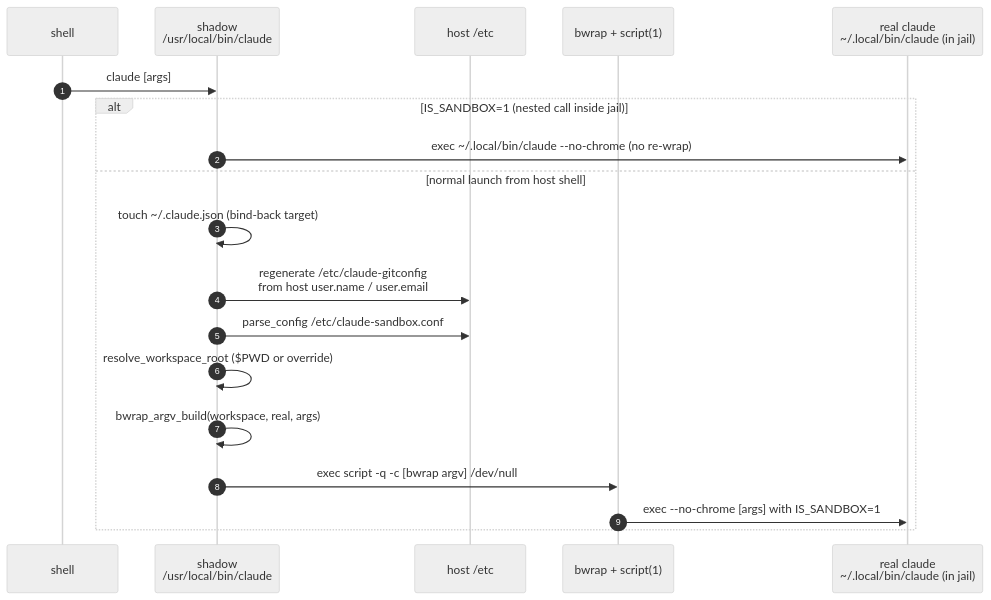
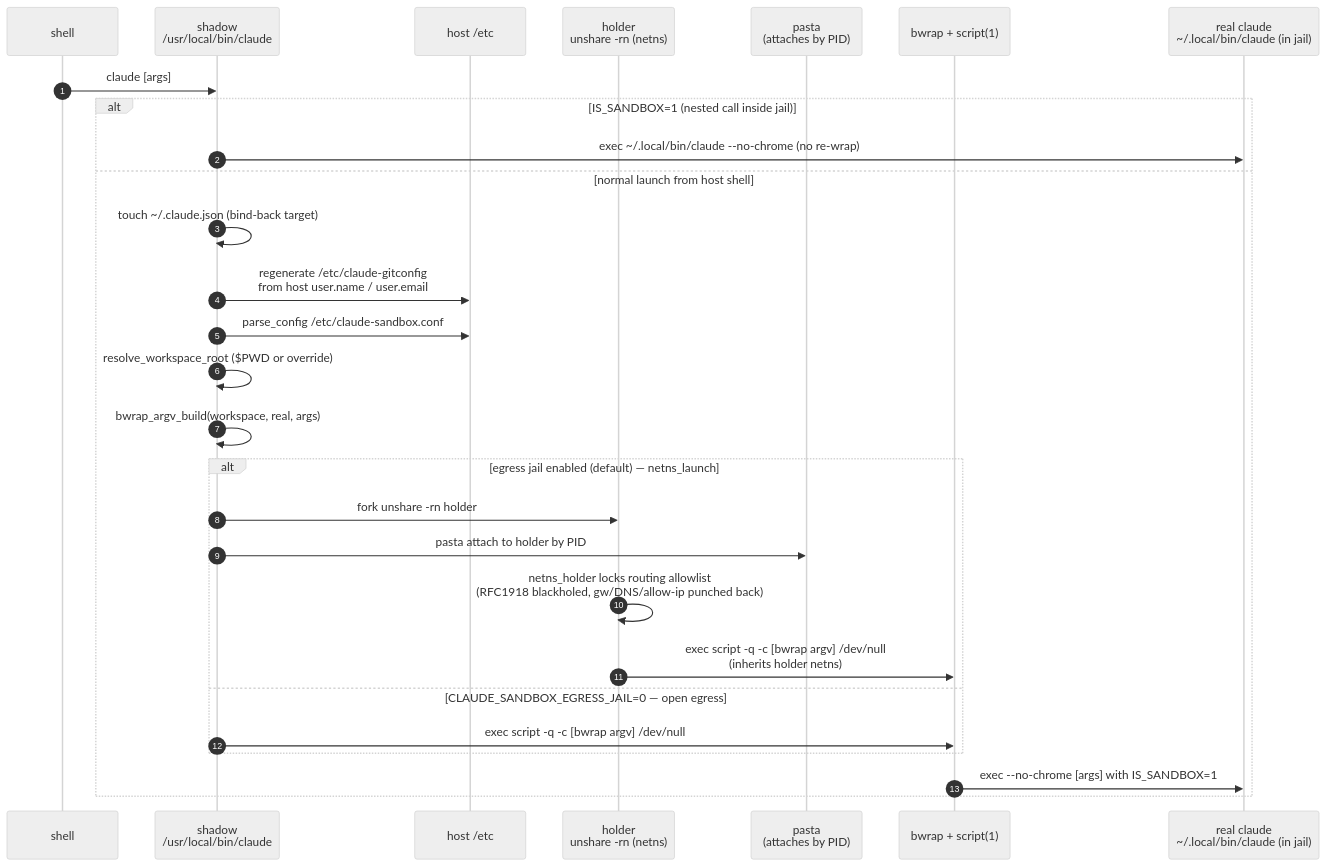
The second of 6 diagrams in docs/explanations/architecture.md (gilesknap/claude-sandbox), drawn with Mermaid (neutral theme) before and after one commit. The commit also changed other lines of this file and 22 other files, not shown here.

First line of the commit message:
docs: sync docs with the on-by-default egress jail + native-sandbox meshing

````diff
--- a/docs/explanations/architecture.md
+++ b/docs/explanations/architecture.md
@@ -99,22 +125,31 @@
 ```{mermaid}
 sequenceDiagram
     autonumber
     participant U as shell
     participant S as shadow<br/>/usr/local/bin/claude
     participant FS as host /etc
+    participant H as holder<br/>unshare -rn (netns)
+    participant P as pasta<br/>(attaches by PID)
     participant B as bwrap + script(1)
     participant R as real claude<br/>~/.local/bin/claude (in jail)
 
     U->>S: claude [args]
     alt IS_SANDBOX=1 (nested call inside jail)
         S->>R: exec ~/.local/bin/claude --no-chrome (no re-wrap)
     else normal launch from host shell
         S->>S: touch ~/.claude.json (bind-back target)
         S->>FS: regenerate /etc/claude-gitconfig<br/>from host user.name / user.email
         S->>FS: parse_config /etc/claude-sandbox.conf
         S->>S: resolve_workspace_root ($PWD or override)
         S->>S: bwrap_argv_build(workspace, real, args)
-        S->>B: exec script -q -c [bwrap argv] /dev/null
+        alt egress jail enabled (default) — netns_launch
+            S->>H: fork unshare -rn holder
+            S->>P: pasta attach to holder by PID
+            H->>H: netns_holder locks routing allowlist<br/>(RFC1918 blackholed, gw/DNS/allow-ip punched back)
+            H->>B: exec script -q -c [bwrap argv] /dev/null<br/>(inherits holder netns)
+        else CLAUDE_SANDBOX_EGRESS_JAIL=0 — open egress
+            S->>B: exec script -q -c [bwrap argv] /dev/null
+        end
         B->>R: exec --no-chrome [args] with IS_SANDBOX=1
     end
 ```
````
